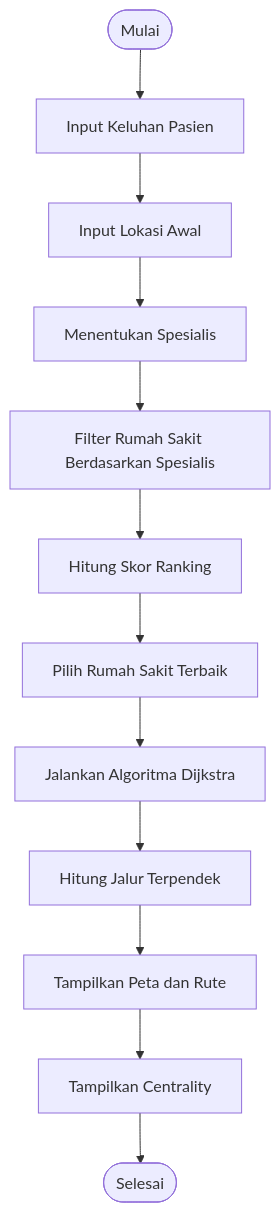
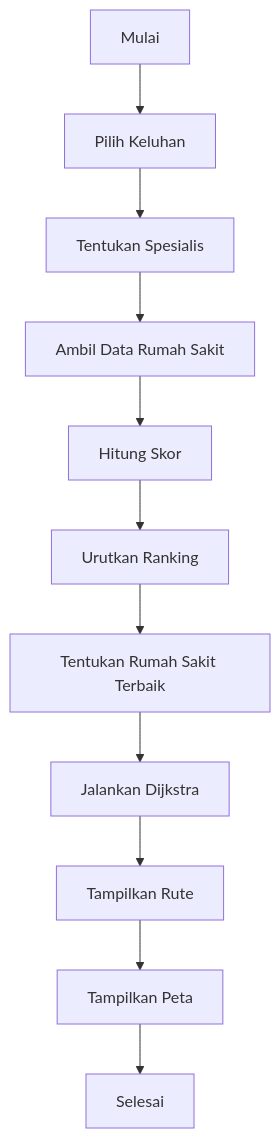
One commit to igustingurahdwiandikaputra-code/UAS changed the first of 4 diagrams in README.md. Above: the diagram before and after it, drawn with Mermaid. The commit also changed other lines of this file, not shown here.

````diff
--- a/README.md
+++ b/README.md
@@ -162,28 +162,13 @@
 ```mermaid
 flowchart TD
-
-    A([Mulai])
-    B[Input Keluhan Pasien]
-    C[Input Lokasi Awal]
-    D[Menentukan Spesialis]
-    E[Filter Rumah Sakit Berdasarkan Spesialis]
-    F[Hitung Skor Ranking]
-    G[Pilih Rumah Sakit Terbaik]
-    H[Jalankan Algoritma Dijkstra]
-    I[Hitung Jalur Terpendek]
-    J[Tampilkan Peta dan Rute]
-    K[Tampilkan Centrality]
-    L([Selesai])
-
-    A --> B
-    B --> C
-    C --> D
-    D --> E
-    E --> F
-    F --> G
-    G --> H
-    H --> I
-    I --> J
-    J --> K
-    K --> L
+    A[Mulai] --> B[Pilih Keluhan]
+    B --> C[Tentukan Spesialis]
+    C --> D[Ambil Data Rumah Sakit]
+    D --> E[Hitung Skor]
+    E --> F[Urutkan Ranking]
+    F --> G[Tentukan Rumah Sakit Terbaik]
+    G --> H[Jalankan Dijkstra]
+    H --> I[Tampilkan Rute]
+    I --> J[Tampilkan Peta]
+    J --> K[Selesai]
 ```
````
